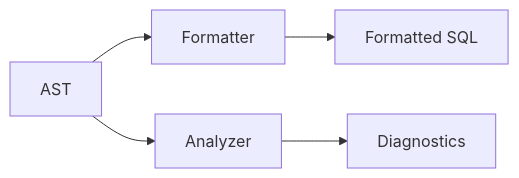
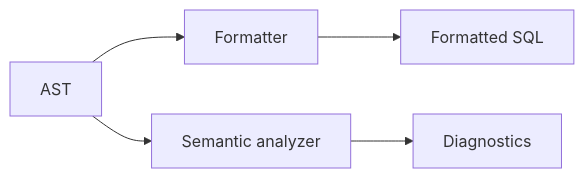
Before and after one commit to LalitMaganti/syntaqlite: the second of 6 diagrams in web/docs/content/contributing/architecture.md, drawn with Mermaid. The commit also changed other lines of this file and 7 other files, not shown here.

```diff
--- a/web/docs/content/contributing/architecture.md
+++ b/web/docs/content/contributing/architecture.md
@@ -23,5 +23,5 @@
 <div class="mermaid">
 graph LR
     AST --> Formatter --> Formatted["Formatted SQL"]
-    AST --> Analyzer["Analyzer"] --> Diagnostics
+    AST --> Analyzer["Semantic analyzer"] --> Diagnostics
 </div>
```
